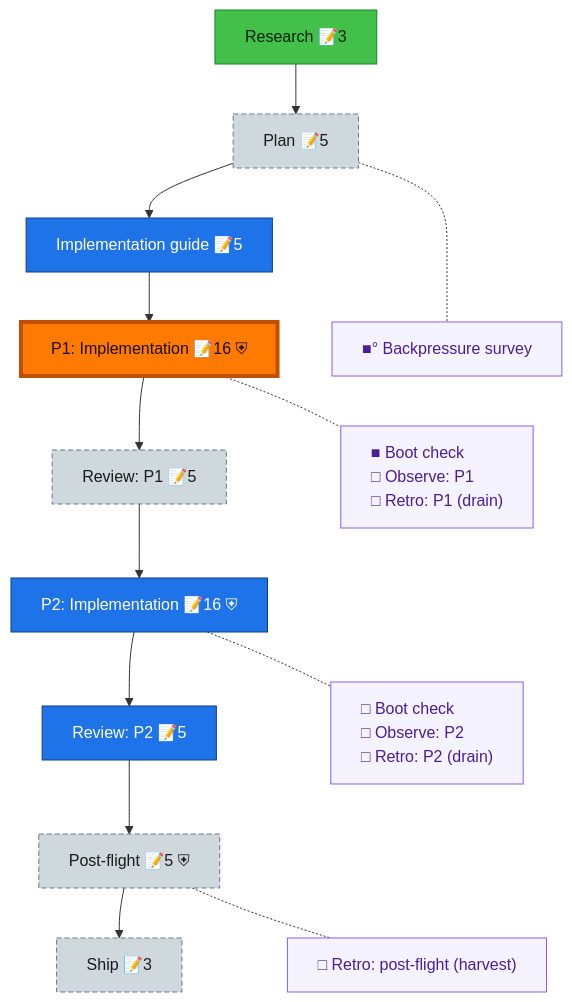
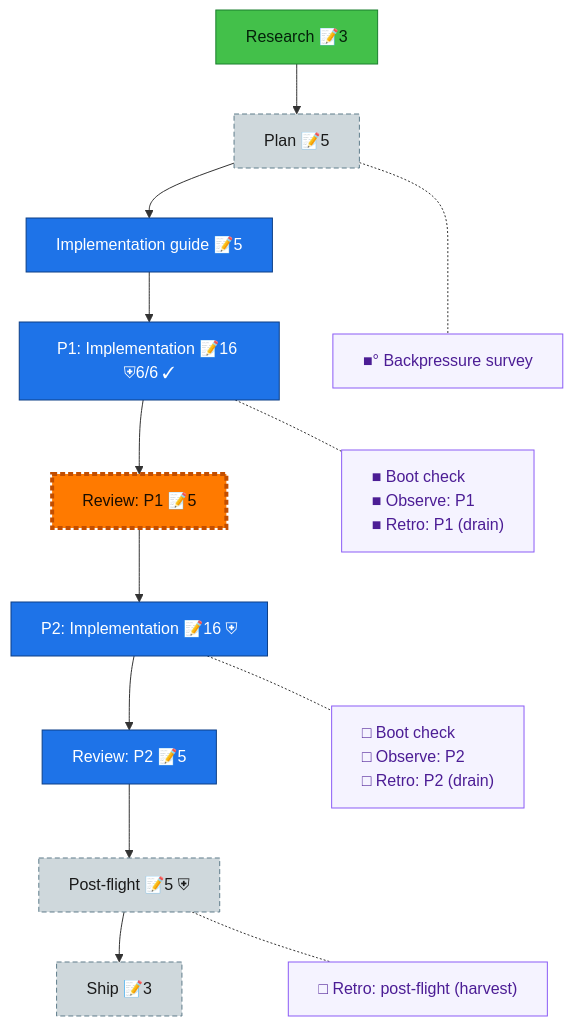
The diagram in docs/plans/028-prep-canonical-tables/the-flow.md (AI-Substrate/Unisphere), drawn with Mermaid before and after one commit. The commit also changed other lines of this file and 14 other files, not shown here.

First line of the commit message:
docs(plan-028): phase 1 accepted — composition review approved; proof links, progress, retro drain

````diff
--- a/docs/plans/028-prep-canonical-tables/the-flow.md
+++ b/docs/plans/028-prep-canonical-tables/the-flow.md
@@ -8,35 +8,35 @@
 ```mermaid
 flowchart TD
     research["Research 📝3"]:::wip
     plan["Plan 📝5"]:::assumed
     impl_guide["Implementation guide 📝5"]:::known
-    phase_1["P1: Implementation 📝16 ⛨"]:::known
+    phase_1["P1: Implementation 📝16 ⛨6/6 ✓"]:::known
     review_1["Review: P1 📝5"]:::assumed
     phase_2["P2: Implementation 📝16 ⛨"]:::known
     review_2["Review: P2 📝5"]:::known
     post_flight["Post-flight 📝5 ⛨"]:::assumed
     ship["Ship 📝3"]:::assumed
 
     research --> plan --> impl_guide --> phase_1 --> review_1 --> phase_2 --> review_2 --> post_flight --> ship
 
     planC["■° Backpressure survey"]:::chore
-    phase_1C["■ Boot check<br/>□ Observe: P1<br/>□ Retro: P1 (drain)"]:::chore
+    phase_1C["■ Boot check<br/>■ Observe: P1<br/>■ Retro: P1 (drain)"]:::chore
     phase_2C["□ Boot check<br/>□ Observe: P2<br/>□ Retro: P2 (drain)"]:::chore
     post_flightC["□ Retro: post-flight (harvest)"]:::chore
 
     %% invisible chain holds the gutter boxes in their own column
     planC ~~~ phase_1C ~~~ phase_2C ~~~ post_flightC
 
     %% dotted links pull each gutter box beside its node
     plan -.- planC
     phase_1 -.- phase_1C
     phase_2 -.- phase_2C
     post_flight -.- post_flightC
 
     classDef wip fill:#43C04A,stroke:#1B7F2E,color:#04210A;
     classDef known fill:#1E73E8,stroke:#0D3F86,color:#fff;
     classDef assumed fill:#CFD8DC,stroke:#607D8B,color:#1a1a1a,stroke-dasharray:5 3;
     classDef chore fill:#f5f3ff,stroke:#8b5cf6,color:#4c1d95,text-align:left;
     classDef current fill:#FF7A00,stroke:#C24E00,color:#1a0e00,stroke-width:4px;
-    class phase_1 current;
+    class review_1 current;
 ```
````
